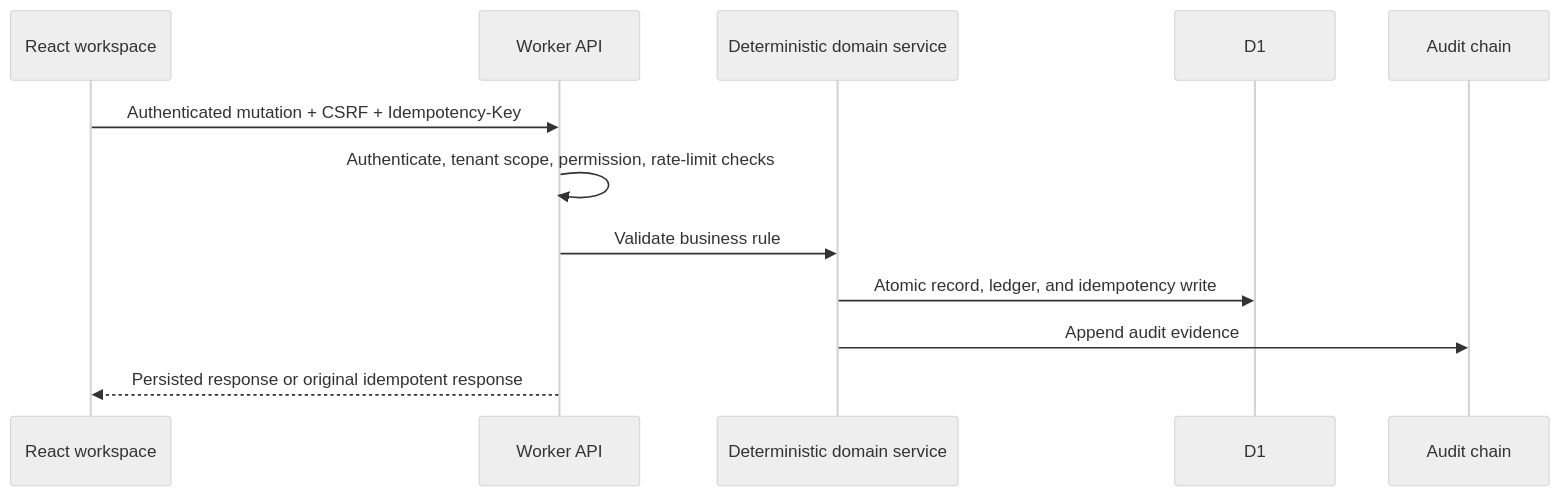
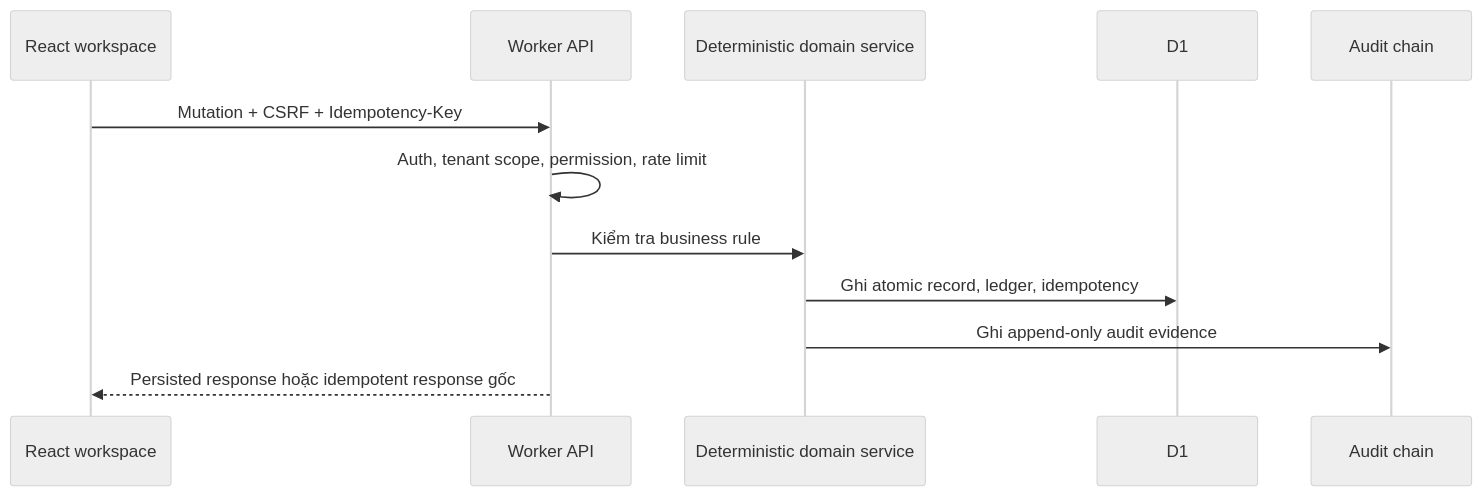
One commit to MutAquaticStudio/OlfactoryOps changed the second of 5 diagrams in README.md. Above: the diagram before and after it, drawn with Mermaid (neutral theme). The commit also changed other lines of this file, not shown here.

````diff
--- a/README.md
+++ b/README.md
@@ -93,15 +93,15 @@
-```mermaid
+~~~mermaid
 sequenceDiagram
   participant UI as React workspace
   participant API as Worker API
   participant Domain as Deterministic domain service
   participant DB as D1
   participant Audit as Audit chain
 
-  UI->>API: Authenticated mutation + CSRF + Idempotency-Key
-  API->>API: Authenticate, tenant scope, permission, rate-limit checks
-  API->>Domain: Validate business rule
-  Domain->>DB: Atomic record, ledger, and idempotency write
-  Domain->>Audit: Append audit evidence
-  API-->>UI: Persisted response or original idempotent response
-```
+  UI->>API: Mutation + CSRF + Idempotency-Key
+  API->>API: Auth, tenant scope, permission, rate limit
+  API->>Domain: Kiểm tra business rule
+  Domain->>DB: Ghi atomic record, ledger, idempotency
+  Domain->>Audit: Ghi append-only audit evidence
+  API-->>UI: Persisted response hoặc idempotent response gốc
+~~~
````
